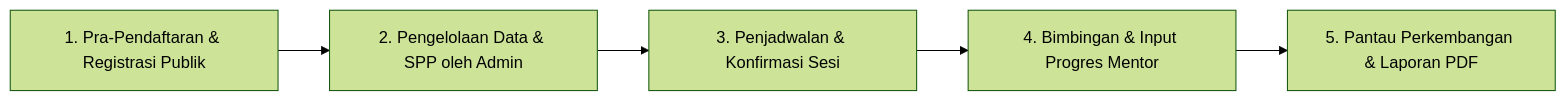
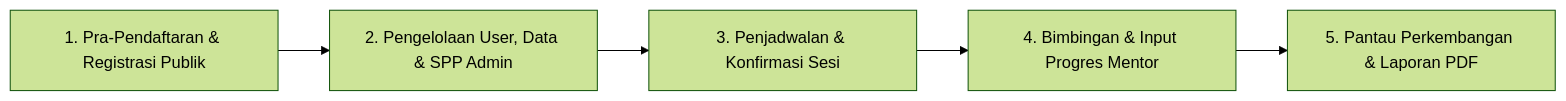
The diagram in tentang.md (MasDan-stack/al-hikmah-lms), drawn with Mermaid (forest theme) before and after one commit. The commit also changed other lines of this file and 32 other files, not shown here.

````diff
--- a/tentang.md
+++ b/tentang.md
@@ -41,7 +44,7 @@
 ```mermaid
 flowchart LR
-    A[1. Pra-Pendaftaran & Registrasi Publik] --> B[2. Pengelolaan Data & SPP oleh Admin]
+    A[1. Pra-Pendaftaran & Registrasi Publik] --> B[2. Pengelolaan User, Data & SPP Admin]
     B --> C[3. Penjadwalan & Konfirmasi Sesi]
     C --> D[4. Bimbingan & Input Progres Mentor]
     D --> E[5. Pantau Perkembangan & Laporan PDF]
 ```
````
